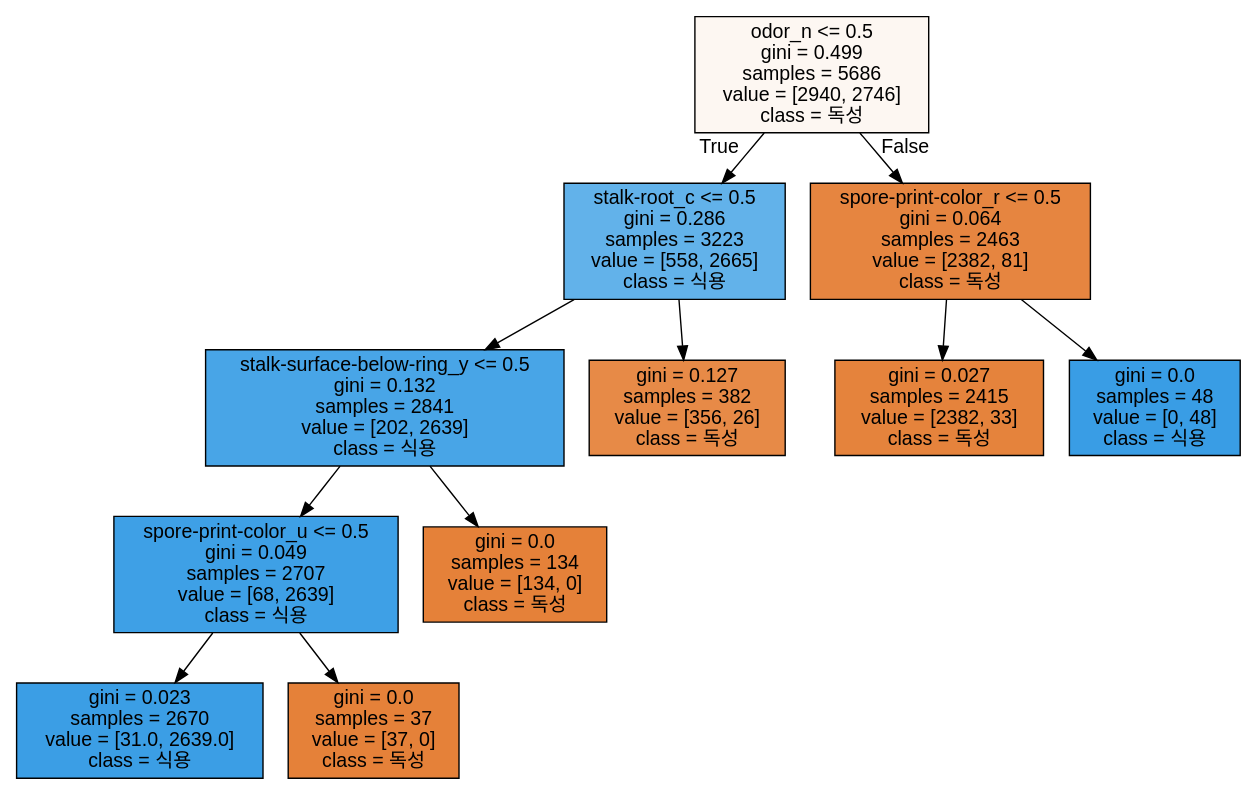
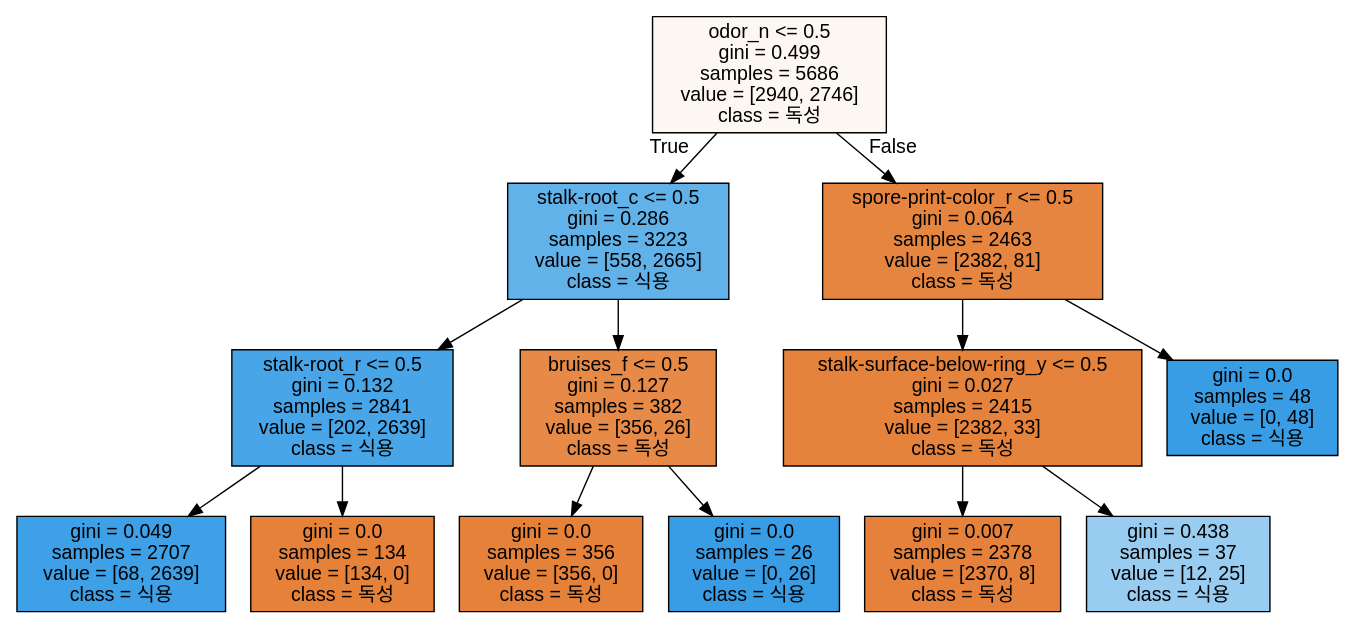
The diagram in machine learning/data/tree3.dot (hongjinkong/study), drawn with Graphviz before and after one commit. The commit also changed 13 other files, not shown here.

```diff
--- a/machine learning/data/tree3.dot
+++ b/machine learning/data/tree3.dot
@@ -1,25 +1,29 @@
 digraph Tree {
 node [shape=box, style="filled", color="black", fontname="helvetica"] ;
 edge [fontname="helvetica"] ;
 0 [label="odor_n <= 0.5\ngini = 0.499\nsamples = 5686\nvalue = [2940, 2746]\nclass = 독성", fillcolor="#fdf7f2"] ;
 1 [label="stalk-root_c <= 0.5\ngini = 0.286\nsamples = 3223\nvalue = [558, 2665]\nclass = 식용", fillcolor="#62b2ea"] ;
 0 -> 1 [labeldistance=2.5, labelangle=45, headlabel="True"] ;
-3 [label="stalk-surface-below-ring_y <= 0.5\ngini = 0.132\nsamples = 2841\nvalue = [202, 2639]\nclass = 식용", fillcolor="#48a5e7"] ;
-1 -> 3 ;
-5 [label="spore-print-color_u <= 0.5\ngini = 0.049\nsamples = 2707\nvalue = [68, 2639]\nclass = 식용", fillcolor="#3ea0e6"] ;
-3 -> 5 ;
-9 [label="gini = 0.023\nsamples = 2670\nvalue = [31.0, 2639.0]\nclass = 식용", fillcolor="#3b9ee5"] ;
-5 -> 9 ;
-10 [label="gini = 0.0\nsamples = 37\nvalue = [37, 0]\nclass = 독성", fillcolor="#e58139"] ;
-5 -> 10 ;
-6 [label="gini = 0.0\nsamples = 134\nvalue = [134, 0]\nclass = 독성", fillcolor="#e58139"] ;
-3 -> 6 ;
-4 [label="gini = 0.127\nsamples = 382\nvalue = [356, 26]\nclass = 독성", fillcolor="#e78a47"] ;
-1 -> 4 ;
-2 [label="spore-print-color_r <= 0.5\ngini = 0.064\nsamples = 2463\nvalue = [2382, 81]\nclass = 독성", fillcolor="#e68540"] ;
-0 -> 2 [labeldistance=2.5, labelangle=-45, headlabel="False"] ;
-7 [label="gini = 0.027\nsamples = 2415\nvalue = [2382, 33]\nclass = 독성", fillcolor="#e5833c"] ;
-2 -> 7 ;
-8 [label="gini = 0.0\nsamples = 48\nvalue = [0, 48]\nclass = 식용", fillcolor="#399de5"] ;
-2 -> 8 ;
+2 [label="stalk-root_r <= 0.5\ngini = 0.132\nsamples = 2841\nvalue = [202, 2639]\nclass = 식용", fillcolor="#48a5e7"] ;
+1 -> 2 ;
+3 [label="gini = 0.049\nsamples = 2707\nvalue = [68, 2639]\nclass = 식용", fillcolor="#3ea0e6"] ;
+2 -> 3 ;
+4 [label="gini = 0.0\nsamples = 134\nvalue = [134, 0]\nclass = 독성", fillcolor="#e58139"] ;
+2 -> 4 ;
+5 [label="bruises_f <= 0.5\ngini = 0.127\nsamples = 382\nvalue = [356, 26]\nclass = 독성", fillcolor="#e78a47"] ;
+1 -> 5 ;
+6 [label="gini = 0.0\nsamples = 356\nvalue = [356, 0]\nclass = 독성", fillcolor="#e58139"] ;
+5 -> 6 ;
+7 [label="gini = 0.0\nsamples = 26\nvalue = [0, 26]\nclass = 식용", fillcolor="#399de5"] ;
+5 -> 7 ;
+8 [label="spore-print-color_r <= 0.5\ngini = 0.064\nsamples = 2463\nvalue = [2382, 81]\nclass = 독성", fillcolor="#e68540"] ;
+0 -> 8 [labeldistance=2.5, labelangle=-45, headlabel="False"] ;
+9 [label="stalk-surface-below-ring_y <= 0.5\ngini = 0.027\nsamples = 2415\nvalue = [2382, 33]\nclass = 독성", fillcolor="#e5833c"] ;
+8 -> 9 ;
+10 [label="gini = 0.007\nsamples = 2378\nvalue = [2370, 8]\nclass = 독성", fillcolor="#e5813a"] ;
+9 -> 10 ;
+11 [label="gini = 0.438\nsamples = 37\nvalue = [12, 25]\nclass = 식용", fillcolor="#98ccf1"] ;
+9 -> 11 ;
+12 [label="gini = 0.0\nsamples = 48\nvalue = [0, 48]\nclass = 식용", fillcolor="#399de5"] ;
+8 -> 12 ;
 }
```
